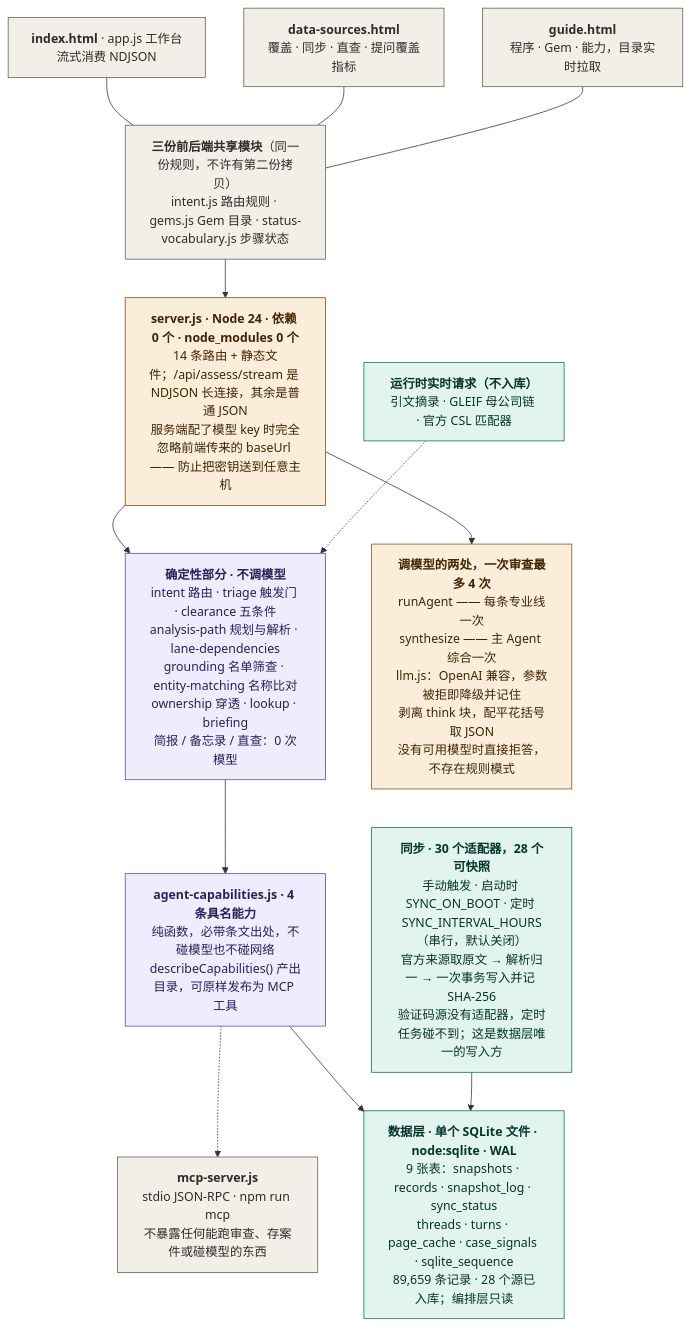
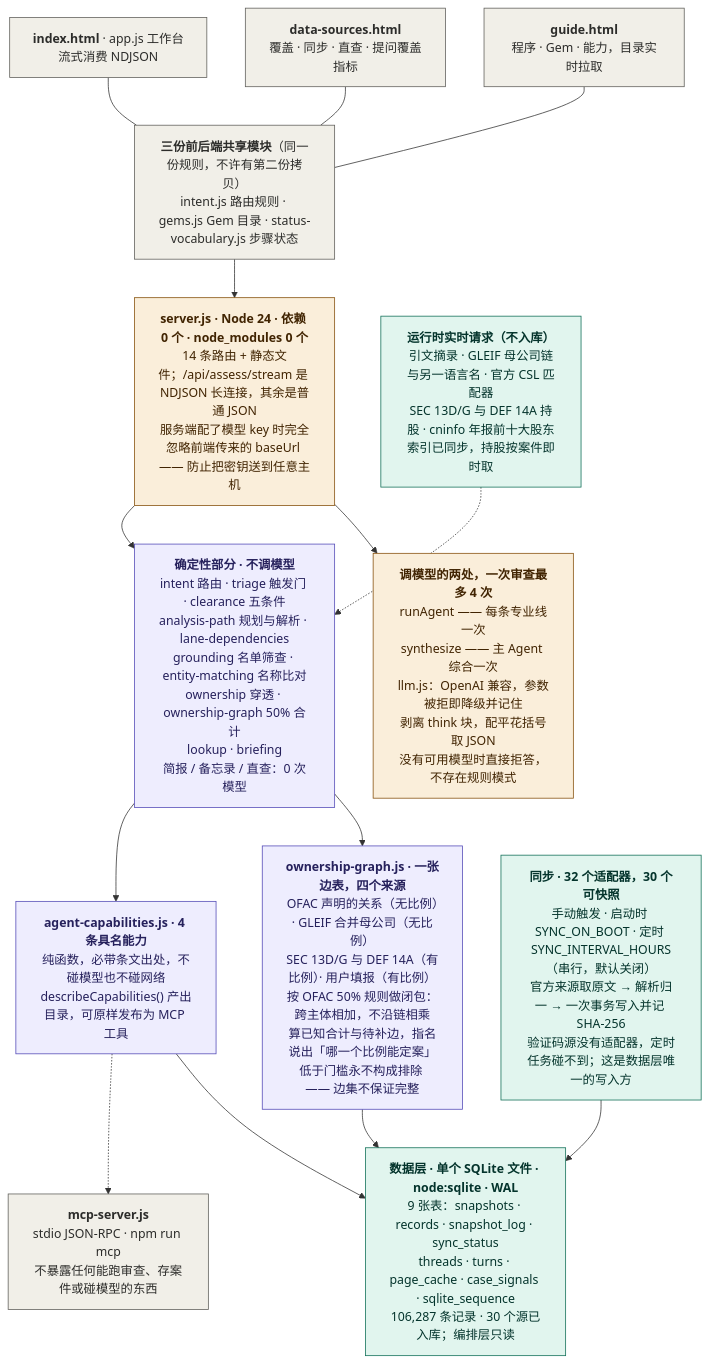
One commit to strangeromo-cloud/compliance_hub changed the diagram in diagrams/2-技术架构.mmd. Above: the diagram before and after it, drawn with Mermaid. The commit also changed 3 other files, not shown here.

First line of the commit message:
Carry the ownership work into the diagrams

```diff
--- a/diagrams/2-技术架构.mmd
+++ b/diagrams/2-技术架构.mmd
@@ -1,41 +1,47 @@
 flowchart TD
 
 B1["<b>index.html</b> · app.js 工作台<br/>流式消费 NDJSON"]
 B2["<b>data-sources.html</b><br/>覆盖 · 同步 · 直查 · 提问覆盖指标"]
 B3["<b>guide.html</b><br/>程序 · Gem · 能力，目录实时拉取"]
 
 SH["<b>三份前后端共享模块</b>（同一份规则，不许有第二份拷贝）<br/>intent.js 路由规则 · gems.js Gem 目录 · status-vocabulary.js 步骤状态"]
 
 B1 --- SH
 B2 --- SH
 B3 --- SH
 
 SH --> SRV["<b>server.js · Node 24 · 依赖 0 个 · node_modules 0 个</b><br/>14 条路由 + 静态文件；/api/assess/stream 是 NDJSON 长连接，其余是普通 JSON<br/>服务端配了模型 key 时完全忽略前端传来的 baseUrl —— 防止把密钥送到任意主机"]
 
-SRV --> DET["<b>确定性部分 · 不调模型</b><br/>intent 路由 · triage 触发门 · clearance 五条件<br/>analysis-path 规划与解析 · lane-dependencies<br/>grounding 名单筛查 · entity-matching 名称比对<br/>ownership 穿透 · lookup · briefing<br/>简报 / 备忘录 / 直查：0 次模型"]
+SRV --> DET["<b>确定性部分 · 不调模型</b><br/>intent 路由 · triage 触发门 · clearance 五条件<br/>analysis-path 规划与解析 · lane-dependencies<br/>grounding 名单筛查 · entity-matching 名称比对<br/>ownership 穿透 · ownership-graph 50% 合计<br/>lookup · briefing<br/>简报 / 备忘录 / 直查：0 次模型"]
 
 SRV --> LLM["<b>调模型的两处，一次审查最多 4 次</b><br/>runAgent —— 每条专业线一次<br/>synthesize —— 主 Agent 综合一次<br/>llm.js：OpenAI 兼容，参数被拒即降级并记住<br/>剥离 think 块，配平花括号取 JSON<br/>没有可用模型时直接拒答，不存在规则模式"]
 
 DET --> CAP["<b>agent-capabilities.js · 4 条具名能力</b><br/>纯函数，必带条文出处，不碰模型也不碰网络<br/>describeCapabilities() 产出目录，可原样发布为 MCP 工具"]
 
 CAP -.-> MCP["<b>mcp-server.js</b><br/>stdio JSON-RPC · npm run mcp<br/>不暴露任何能跑审查、存案件或碰模型的东西"]
 
-CAP --> DB["<b>数据层 · 单个 SQLite 文件 · node:sqlite · WAL</b><br/>9 张表：snapshots · records · snapshot_log · sync_status<br/>threads · turns · page_cache · case_signals · sqlite_sequence<br/>89,659 条记录 · 28 个源已入库；编排层只读"]
+OWN["<b>ownership-graph.js · 一张边表，四个来源</b><br/>OFAC 声明的关系（无比例）· GLEIF 合并母公司（无比例）<br/>SEC 13D/G 与 DEF 14A（有比例）· 用户填报（有比例）<br/>按 OFAC 50% 规则做闭包：跨主体相加，不沿链相乘<br/>算已知合计与待补边，指名说出「哪一个比例能定案」<br/>低于门槛永不构成排除 —— 边集不保证完整"]
 
-SYNC["<b>同步 · 30 个适配器，28 个可快照</b><br/>手动触发 · 启动时 SYNC_ON_BOOT · 定时 SYNC_INTERVAL_HOURS（串行，默认关闭）<br/>官方来源取原文 → 解析归一 → 一次事务写入并记 SHA-256<br/>验证码源没有适配器，定时任务碰不到；这是数据层唯一的写入方"]
+DET --> OWN
+OWN --> DB
+
+CAP --> DB["<b>数据层 · 单个 SQLite 文件 · node:sqlite · WAL</b><br/>9 张表：snapshots · records · snapshot_log · sync_status<br/>threads · turns · page_cache · case_signals · sqlite_sequence<br/>106,287 条记录 · 30 个源已入库；编排层只读"]
+
+SYNC["<b>同步 · 32 个适配器，30 个可快照</b><br/>手动触发 · 启动时 SYNC_ON_BOOT · 定时 SYNC_INTERVAL_HOURS（串行，默认关闭）<br/>官方来源取原文 → 解析归一 → 一次事务写入并记 SHA-256<br/>验证码源没有适配器，定时任务碰不到；这是数据层唯一的写入方"]
 
 SYNC --> DB
 
-LIVE["<b>运行时实时请求（不入库）</b><br/>引文摘录 · GLEIF 母公司链 · 官方 CSL 匹配器"]
+LIVE["<b>运行时实时请求（不入库）</b><br/>引文摘录 · GLEIF 母公司链与另一语言名 · 官方 CSL 匹配器<br/>SEC 13D/G 与 DEF 14A 持股 · cninfo 年报前十大股东<br/>索引已同步，持股按案件即时取"]
 LIVE -.-> DET
 
 classDef master fill:#FAEEDA,stroke:#854F0B,stroke-width:1px,color:#412402
 classDef agent  fill:#EEEDFE,stroke:#534AB7,stroke-width:1px,color:#26215C
 classDef plain  fill:#F1EFE8,stroke:#5F5E5A,stroke-width:1px,color:#2C2C2A
 classDef data   fill:#E1F5EE,stroke:#0F6E56,stroke-width:1px,color:#04342C
 
 class SRV master
 class LLM master
 class DET,CAP agent
 class B1,B2,B3,SH,MCP plain
 class DB,SYNC,LIVE data
+class OWN agent
```
